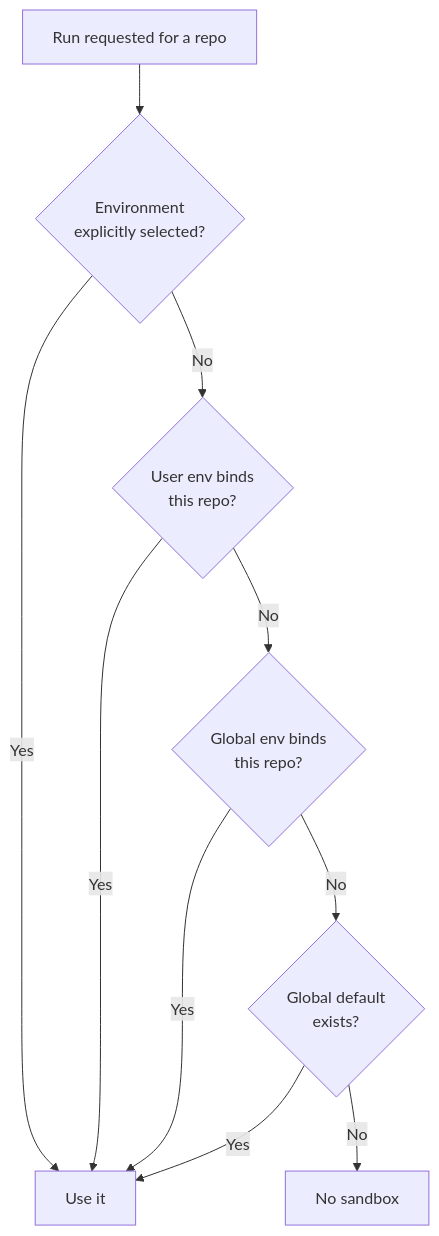
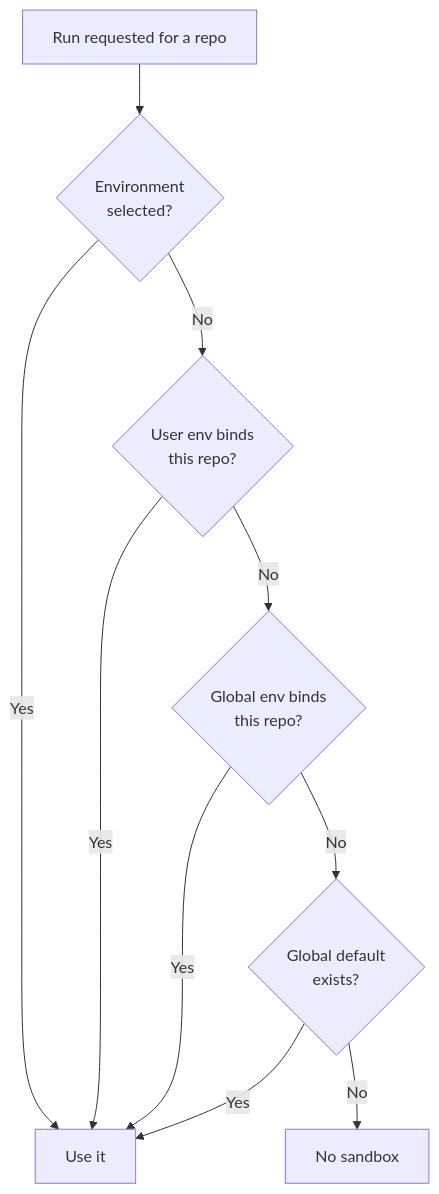
One commit to srtab/daiv changed the diagram in docs/features/sandbox-environments.md. Above: the diagram before and after it, drawn with Mermaid. The commit also changed other lines of this file and 10 other files, not shown here.

````diff
--- a/docs/features/sandbox-environments.md
+++ b/docs/features/sandbox-environments.md
@@ -125,12 +135,12 @@
 ```mermaid
 flowchart TD
-    A[Run requested for a repo] --> B{Environment<br/>explicitly selected?}
+    A[Run requested for a repo] --> B{Environment<br/>selected?}
     B -- Yes --> Z[Use it]
     B -- No --> C{User env binds<br/>this repo?}
     C -- Yes --> Z
     C -- No --> D{Global env binds<br/>this repo?}
     D -- Yes --> Z
     D -- No --> E{Global default<br/>exists?}
     E -- Yes --> Z
     E -- No --> F[No sandbox]
 ```
````
